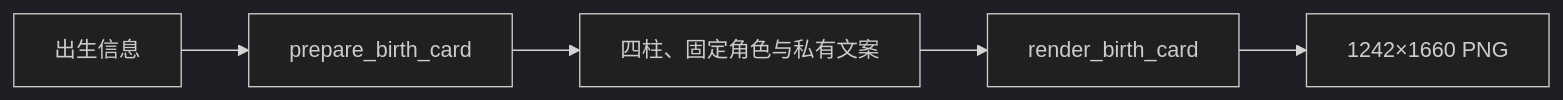
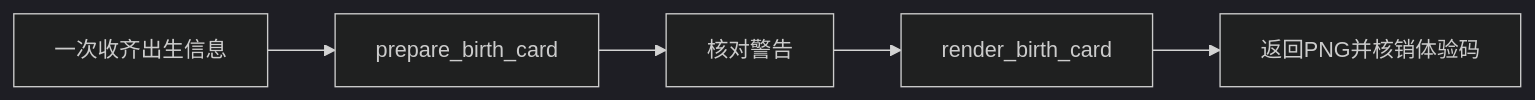
Before and after one commit to bobbybluemoment-afk/rensheng-youji-api: the diagram in README.md, drawn with Mermaid (dark theme). The commit also changed other lines of this file and 11 other files, not shown here.

````diff
--- a/README.md
+++ b/README.md
@@ -48,7 +56,7 @@
 ```mermaid
 flowchart LR
-    A[出生信息] --> B[prepare_birth_card]
-    B --> C[四柱、固定角色与私有文案]
+    A[一次收齐出生信息] --> B[prepare_birth_card]
+    B --> C[核对警告]
     C --> D[render_birth_card]
-    D --> E[1242×1660 PNG]
+    D --> E[返回PNG并核销体验码]
 ```
````
